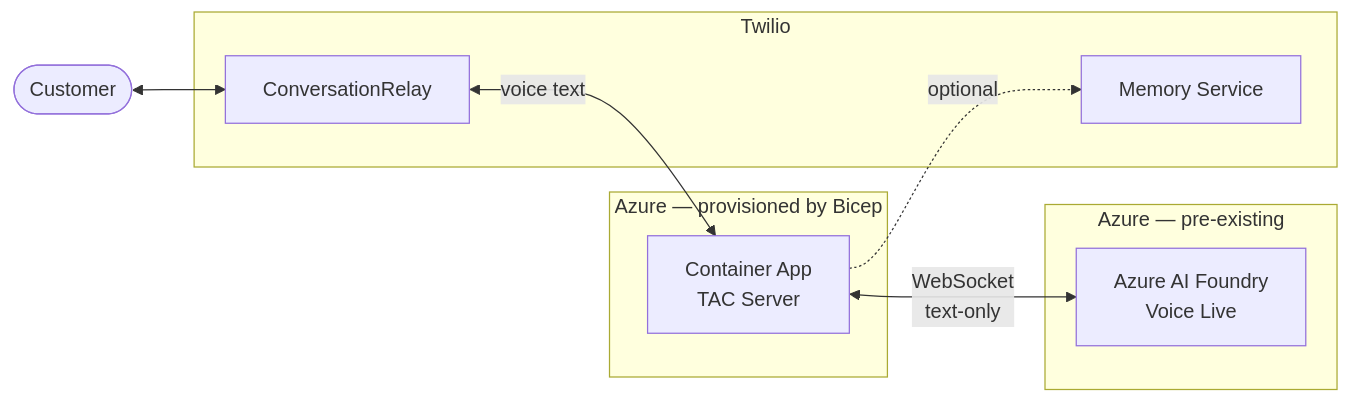
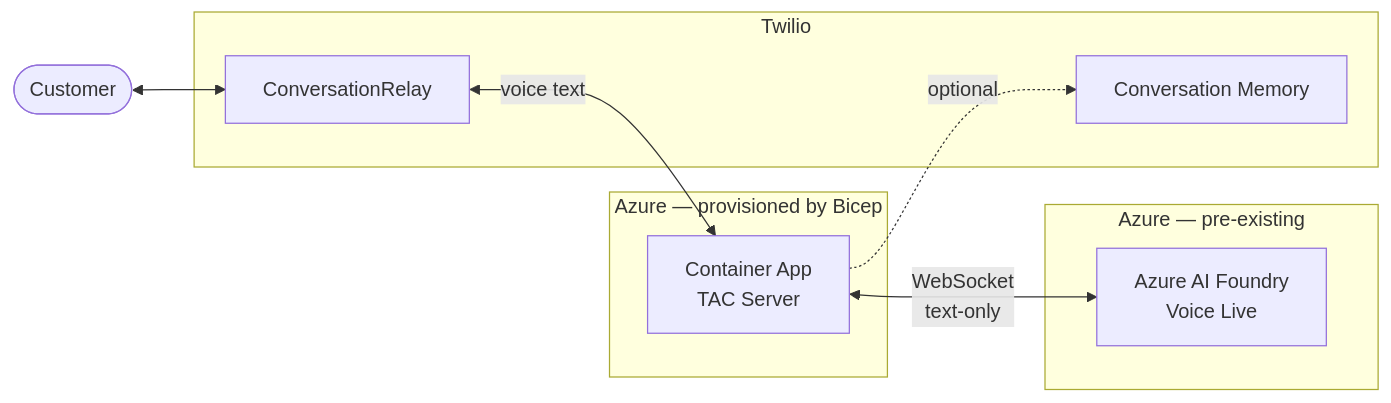
The diagram in deploy/voice_live_container_apps/README.md (twilio/twilio-agent-connect-microsoft), drawn with Mermaid before and after one commit. The commit also changed other lines of this file and 1 other file, not shown here.

Commit message:
docs: Rename Memory Service to Conversation Memory in deploy READMEs

````diff
--- a/deploy/voice_live_container_apps/README.md
+++ b/deploy/voice_live_container_apps/README.md
@@ -29,22 +29,22 @@
 ```mermaid
 graph LR
     Customer([Customer])
 
     subgraph Twilio["Twilio"]
         CRelay[ConversationRelay]
-        Memory[Memory Service]
+        Memory[Conversation Memory]
     end
 
     subgraph Bicep["Azure — provisioned by Bicep"]
         CA[Container App<br/>TAC Server]
     end
 
     subgraph Existing["Azure — pre-existing"]
         VoiceLive[Azure AI Foundry<br/>Voice Live]
     end
 
     Customer <--> CRelay
     CRelay <-->|voice text| CA
     CA <-->|WebSocket<br/>text-only| VoiceLive
     CA -.->|optional| Memory
 ```
````
